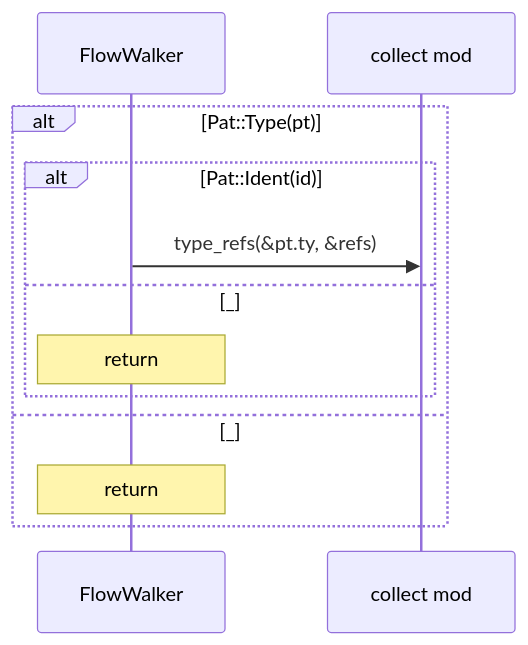
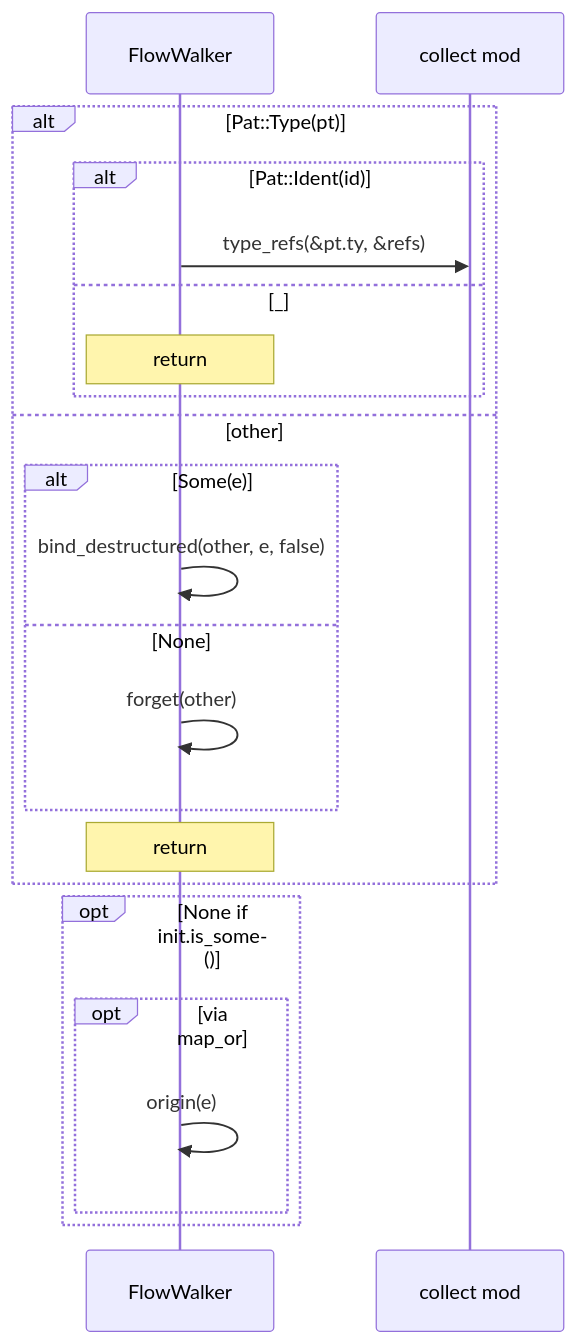
Diagram 32 of 50 in docs/sealmap/crates/sealmap-rust/src/collect.rs.md (DreamLab-AI/codemaid), drawn with Mermaid before and after one commit. The commit also changed other lines of this file and 45 other files, not shown here.

First line of the commit message:
docs: regenerate the self-corpus for sym: ids and schema v2

````diff
--- a/docs/sealmap/crates/sealmap-rust/src/collect.rs.md
+++ b/docs/sealmap/crates/sealmap-rust/src/collect.rs.md
@@ -635,14 +946,24 @@
 ```mermaid
 sequenceDiagram
-  participant sealmap_rust__collect__FlowWalker as FlowWalker
+  participant sealmap_rust__collect___tFlowWalker as FlowWalker
   participant sealmap_rust__collect as collect mod
   alt Pat::Type(pt)
     alt Pat::Ident(id)
-      sealmap_rust__collect__FlowWalker->>sealmap_rust__collect: type_refs(&pt.ty, &refs)
+      sealmap_rust__collect___tFlowWalker->>sealmap_rust__collect: type_refs(&pt.ty, &refs)
     else _
-      Note over sealmap_rust__collect__FlowWalker: return
+      Note over sealmap_rust__collect___tFlowWalker: return
     end
-  else _
-    Note over sealmap_rust__collect__FlowWalker: return
+  else other
+    alt Some(e)
+      sealmap_rust__collect___tFlowWalker->>sealmap_rust__collect___tFlowWalker: bind_destructured(other, e, false)
+    else None
+      sealmap_rust__collect___tFlowWalker->>sealmap_rust__collect___tFlowWalker: forget(other)
+    end
+    Note over sealmap_rust__collect___tFlowWalker: return
+  end
+  opt None if init.is_some()
+    opt via map_or
+      sealmap_rust__collect___tFlowWalker->>sealmap_rust__collect___tFlowWalker: origin(e)
+    end
   end
 ```
````
